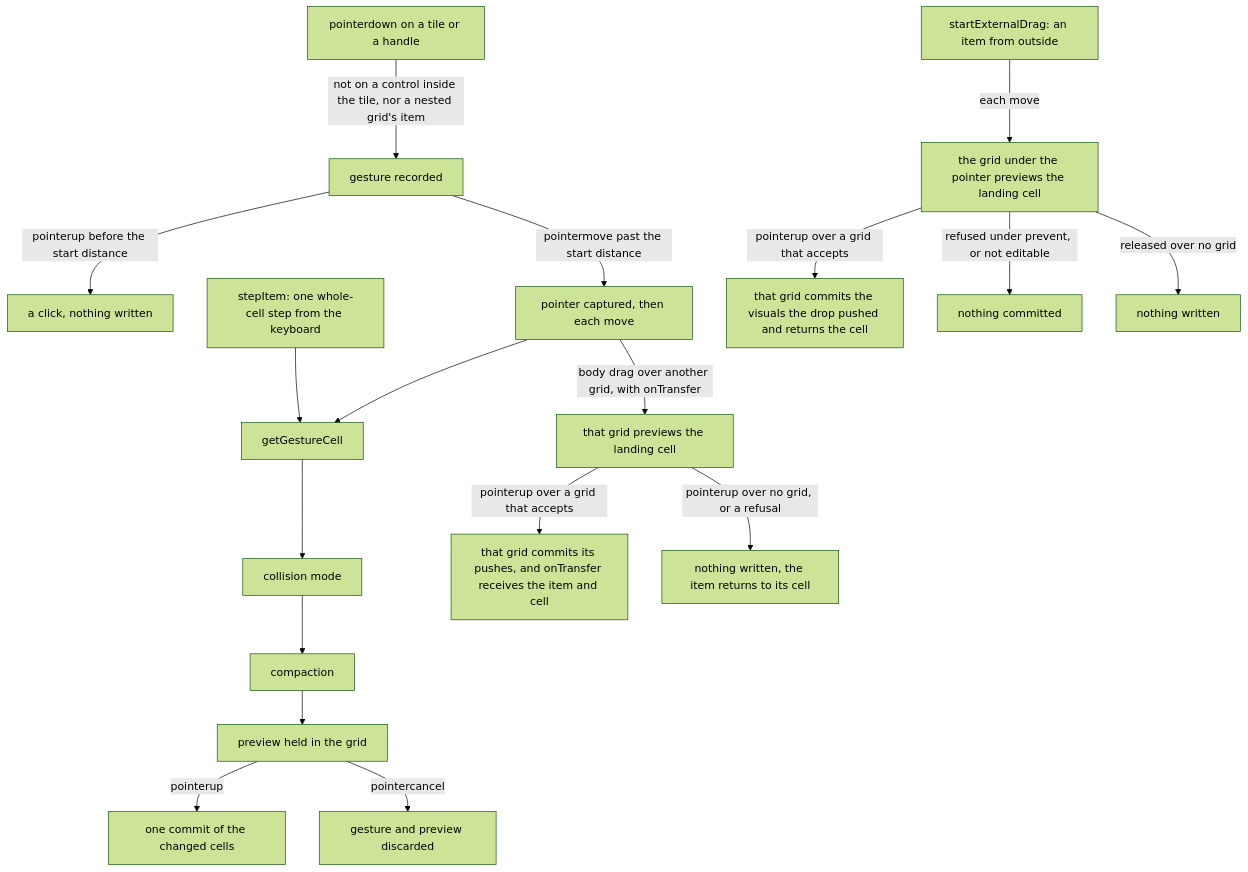
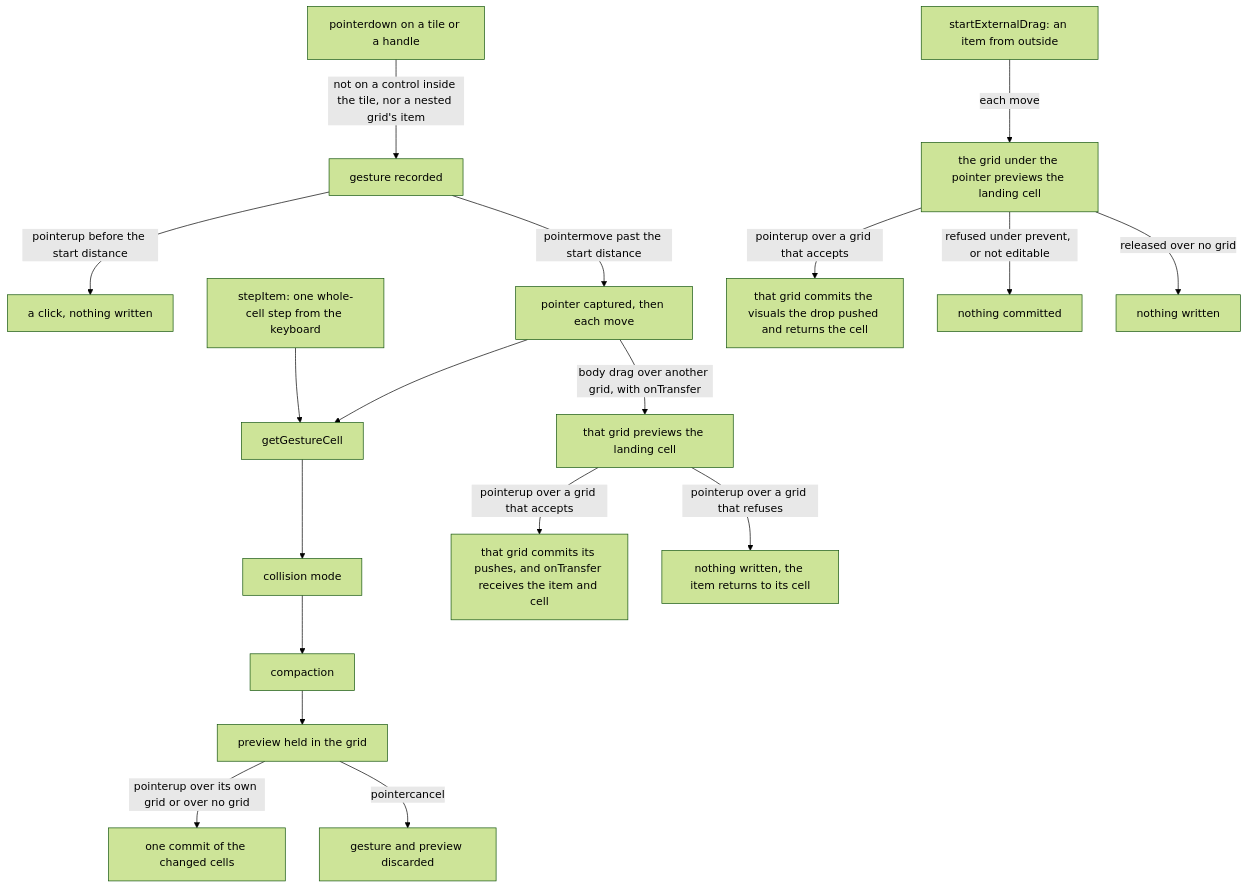
One commit to Esposter/Esposter changed the diagram in openspec/specs/vue-grid-layout-headless/grid-layout/design.md. Above: the diagram before and after it, drawn with Mermaid (forest theme). The commit also changed other lines of this file and 1 other file, not shown here.

Commit message:
docs(vue-grid-layout-headless): a release over no grid commits in the item's own grid, not returns
The grid-layout spec, its design and the diagram state that a body drag released over no grid commits its clamped cells,
with or without onTransfer. A returned item is only the case of a grid that refuses the landing.

Claude-Session: https://claude.ai/code/session_0145sUFkDr1QUcgmkn4N4aBr

````diff
--- a/openspec/specs/vue-grid-layout-headless/grid-layout/design.md
+++ b/openspec/specs/vue-grid-layout-headless/grid-layout/design.md
@@ -17,20 +17,20 @@
 ```mermaid
 flowchart TD
   press["pointerdown on a tile or a handle"] -->|"not on a control inside the tile, nor a nested grid's item"| gesture["gesture recorded"]
   gesture -->|"pointerup before the start distance"| click["a click, nothing written"]
   gesture -->|"pointermove past the start distance"| captured["pointer captured, then each move"]
   captured --> cell["getGestureCell"]
   step["stepItem: one whole-cell step from the keyboard"] --> cell
   cell --> collide["collision mode"]
   collide --> compact["compaction"]
   compact --> preview["preview held in the grid"]
-  preview -->|"pointerup"| commit["one commit of the changed cells"]
+  preview -->|"pointerup over its own grid or over no grid"| commit["one commit of the changed cells"]
   preview -->|"pointercancel"| discarded["gesture and preview discarded"]
   captured -->|"body drag over another grid, with onTransfer"| held["that grid previews the landing cell"]
   held -->|"pointerup over a grid that accepts"| handed["that grid commits its pushes, and onTransfer receives the item and cell"]
-  held -->|"pointerup over no grid, or a refusal"| returned["nothing written, the item returns to its cell"]
+  held -->|"pointerup over a grid that refuses"| returned["nothing written, the item returns to its cell"]
   drop["startExternalDrag: an item from outside"] -->|"each move"| ext["the grid under the pointer previews the landing cell"]
   ext -->|"pointerup over a grid that accepts"| accepted["that grid commits the visuals the drop pushed and returns the cell"]
   ext -->|"refused under prevent, or not editable"| refused["nothing committed"]
   ext -->|"released over no grid"| dropped["nothing written"]
 ```
````
